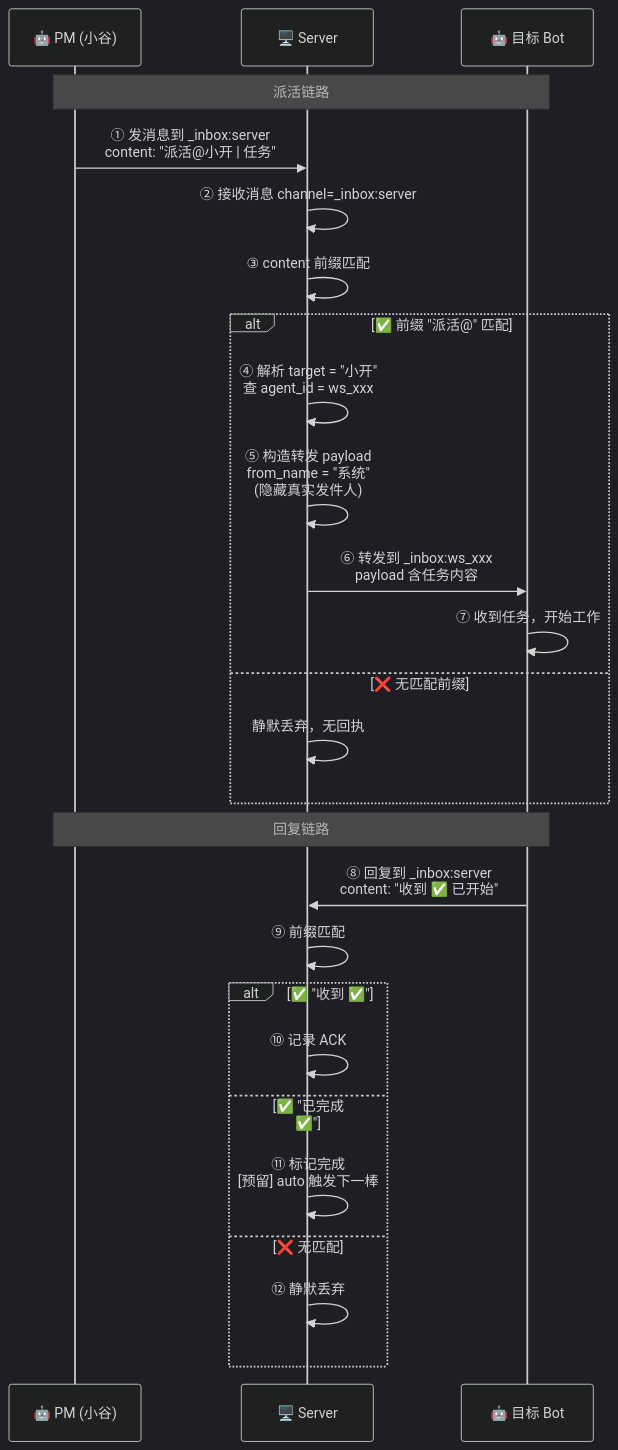
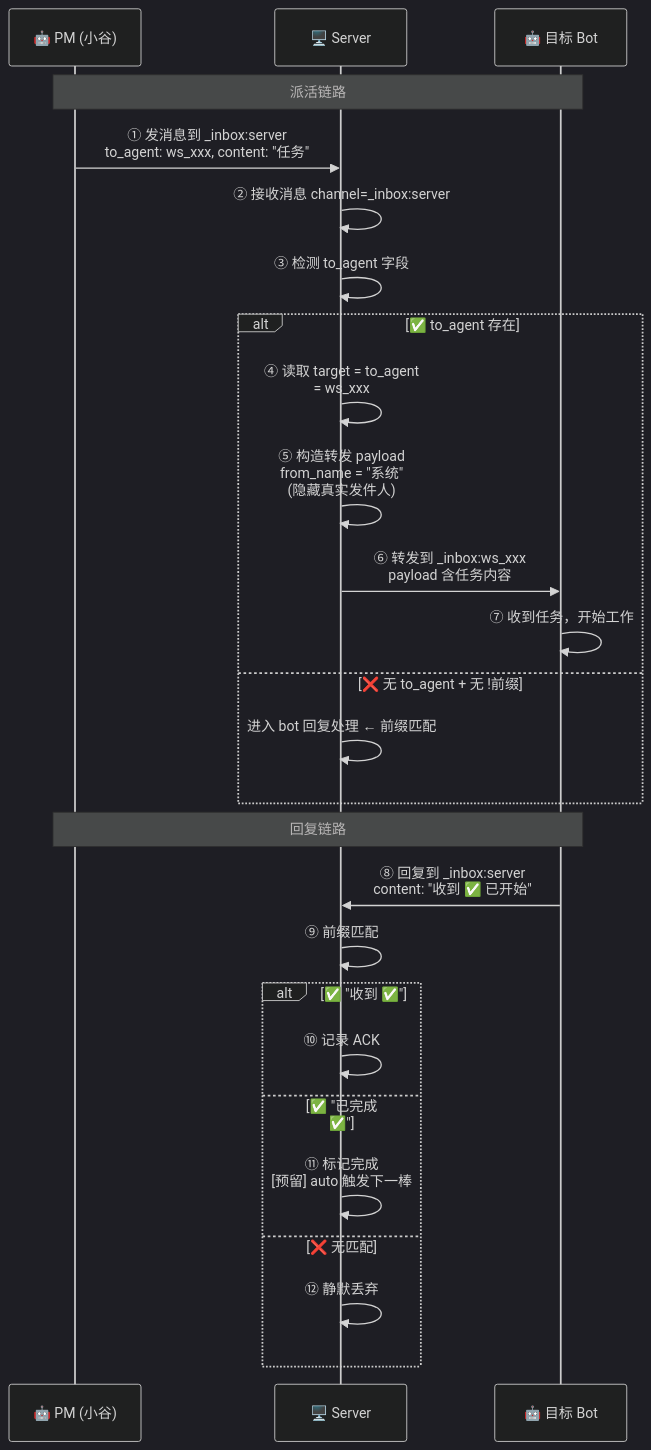
Before and after one commit to datahome73/ws-bridge: the diagram in docs/R102/R102-product-requirements.md, drawn with Mermaid (dark theme). The commit also changed other lines of this file, not shown here.

Commit message:
docs(R102): 派活路由改为 to_agent 字段，替代内容前缀解析

````diff
--- a/docs/R102/R102-product-requirements.md
+++ b/docs/R102/R102-product-requirements.md
@@ -152,35 +158,35 @@
 ```mermaid
 sequenceDiagram
     participant PM as 🤖 PM (小谷)
     participant Server as 🖥️ Server
     participant Bot as 🤖 目标 Bot
 
     Note over PM,Bot: 派活链路
 
-    PM->>Server: ① 发消息到 _inbox:server<br/>content: "派活@小开 | 任务"
+    PM->>Server: ① 发消息到 _inbox:server<br/>to_agent: ws_xxx, content: "任务"
 
     Server->>Server: ② 接收消息 channel=_inbox:server
-    Server->>Server: ③ content 前缀匹配
+    Server->>Server: ③ 检测 to_agent 字段
     
-    alt ✅ 前缀 "派活@" 匹配
-        Server->>Server: ④ 解析 target = "小开"<br/>查 agent_id = ws_xxx
+    alt ✅ to_agent 存在
+        Server->>Server: ④ 读取 target = to_agent<br/>= ws_xxx
         Server->>Server: ⑤ 构造转发 payload<br/>from_name = "系统"<br/>(隐藏真实发件人)
         Server->>Bot: ⑥ 转发到 _inbox:ws_xxx<br/>payload 含任务内容
         Bot->>Bot: ⑦ 收到任务，开始工作
-    else ❌ 无匹配前缀
-        Server->>Server: 静默丢弃，无回执
+    else ❌ 无 to_agent + 无 !前缀
+        Server->>Server: 进入 bot 回复处理 ← 前缀匹配
     end
 
     Note over PM,Bot: 回复链路
 
     Bot->>Server: ⑧ 回复到 _inbox:server<br/>content: "收到 ✅ 已开始"
     Server->>Server: ⑨ 前缀匹配
 
     alt ✅ "收到 ✅"
         Server->>Server: ⑩ 记录 ACK
     else ✅ "已完成 ✅"
         Server->>Server: ⑪ 标记完成<br/>[预留] auto 触发下一棒
     else ❌ 无匹配
         Server->>Server: ⑫ 静默丢弃
     end
 ```
````
